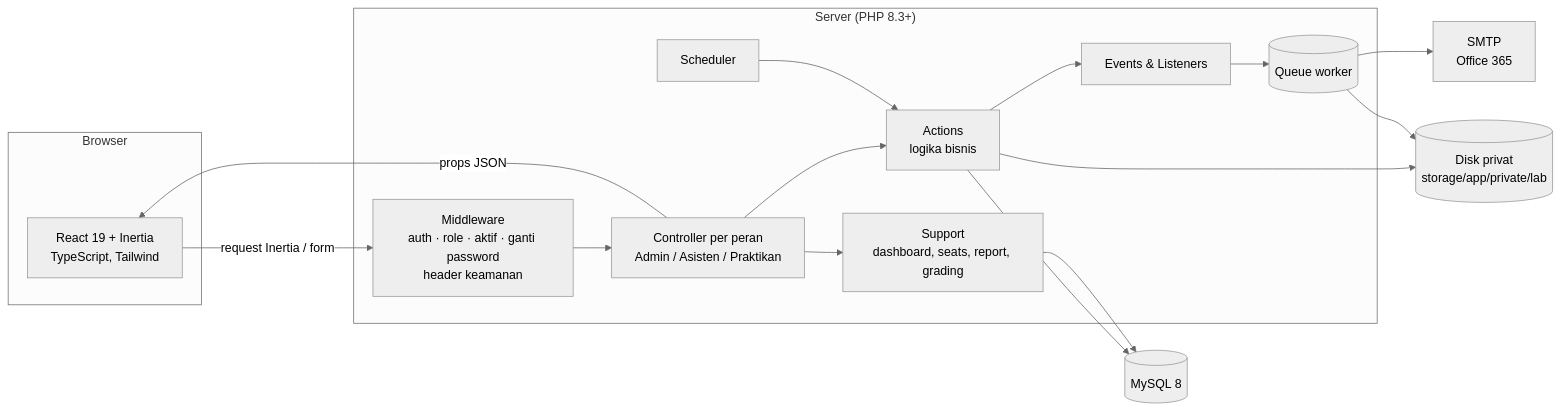
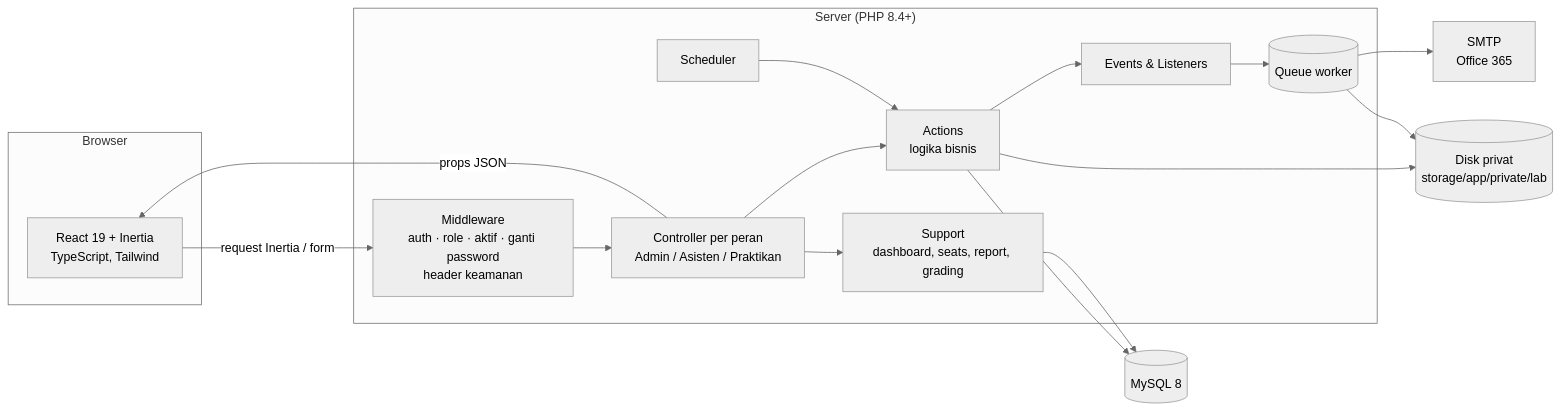
The first of 4 diagrams in docs/03-architecture.md (RamaDinantiar/irlab-management-system), drawn with Mermaid (neutral theme) before and after one commit. The commit also changed 7 other files, not shown here.

````diff
--- a/docs/03-architecture.md
+++ b/docs/03-architecture.md
@@ -11,30 +11,30 @@
 ```mermaid
 flowchart LR
     subgraph Browser
         R[React 19 + Inertia<br/>TypeScript, Tailwind]
     end
 
-    subgraph Server["Server (PHP 8.3+)"]
+    subgraph Server["Server (PHP 8.4+)"]
         MW[Middleware<br/>auth · role · aktif · ganti password<br/>header keamanan]
         C[Controller per peran<br/>Admin / Asisten / Praktikan]
         A[Actions<br/>logika bisnis]
         S[Support<br/>dashboard, seats, report, grading]
         EV[Events & Listeners]
         Q[(Queue worker)]
         SCH[Scheduler]
     end
 
     DB[(MySQL 8)]
     FS[(Disk privat<br/>storage/app/private/lab)]
     MAIL[SMTP<br/>Office 365]
 
     R -- "request Inertia / form" --> MW --> C
     C --> A --> DB
     C --> S --> DB
     A --> EV --> Q
     A --> FS
     Q --> MAIL
     Q --> FS
     SCH --> A
     C -- "props JSON" --> R
 ```
````
